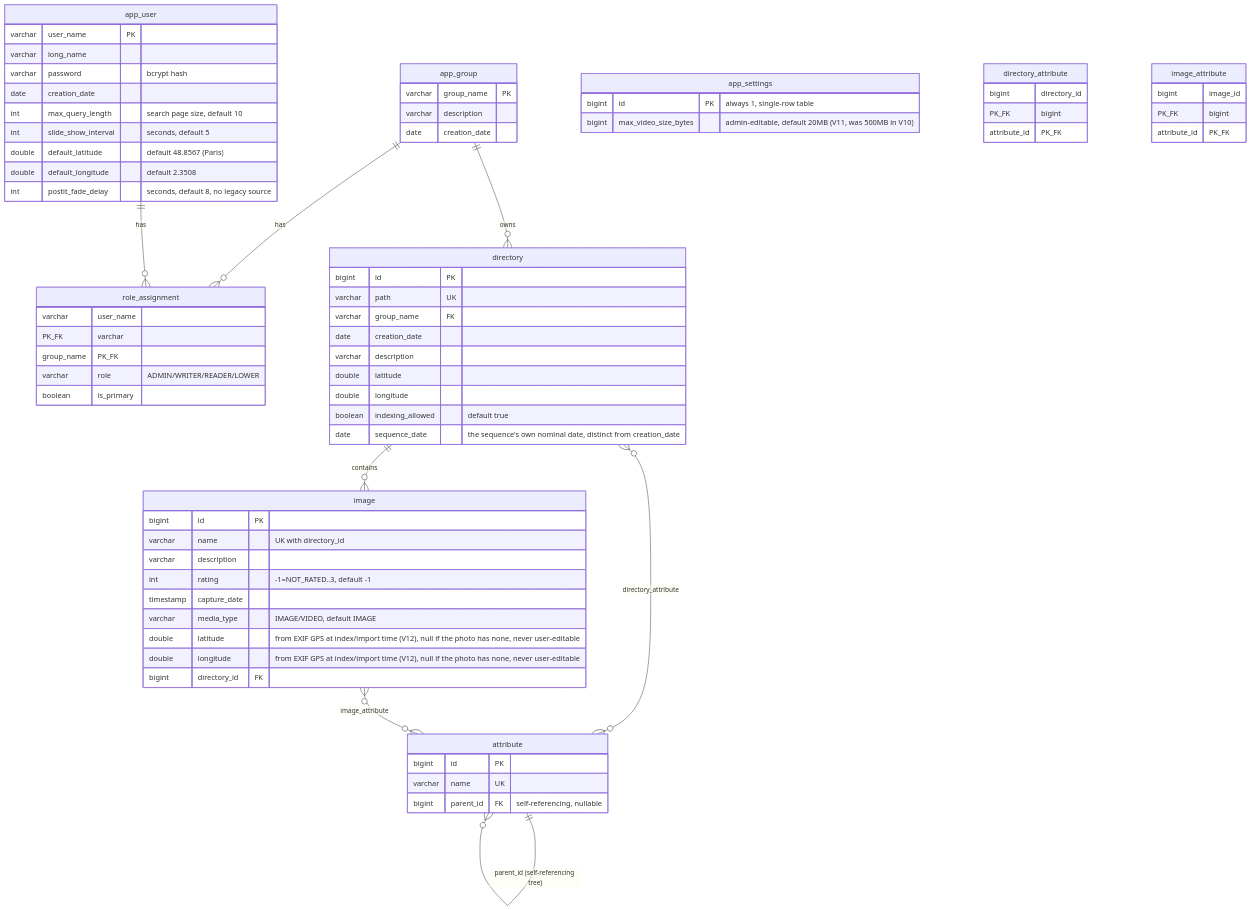
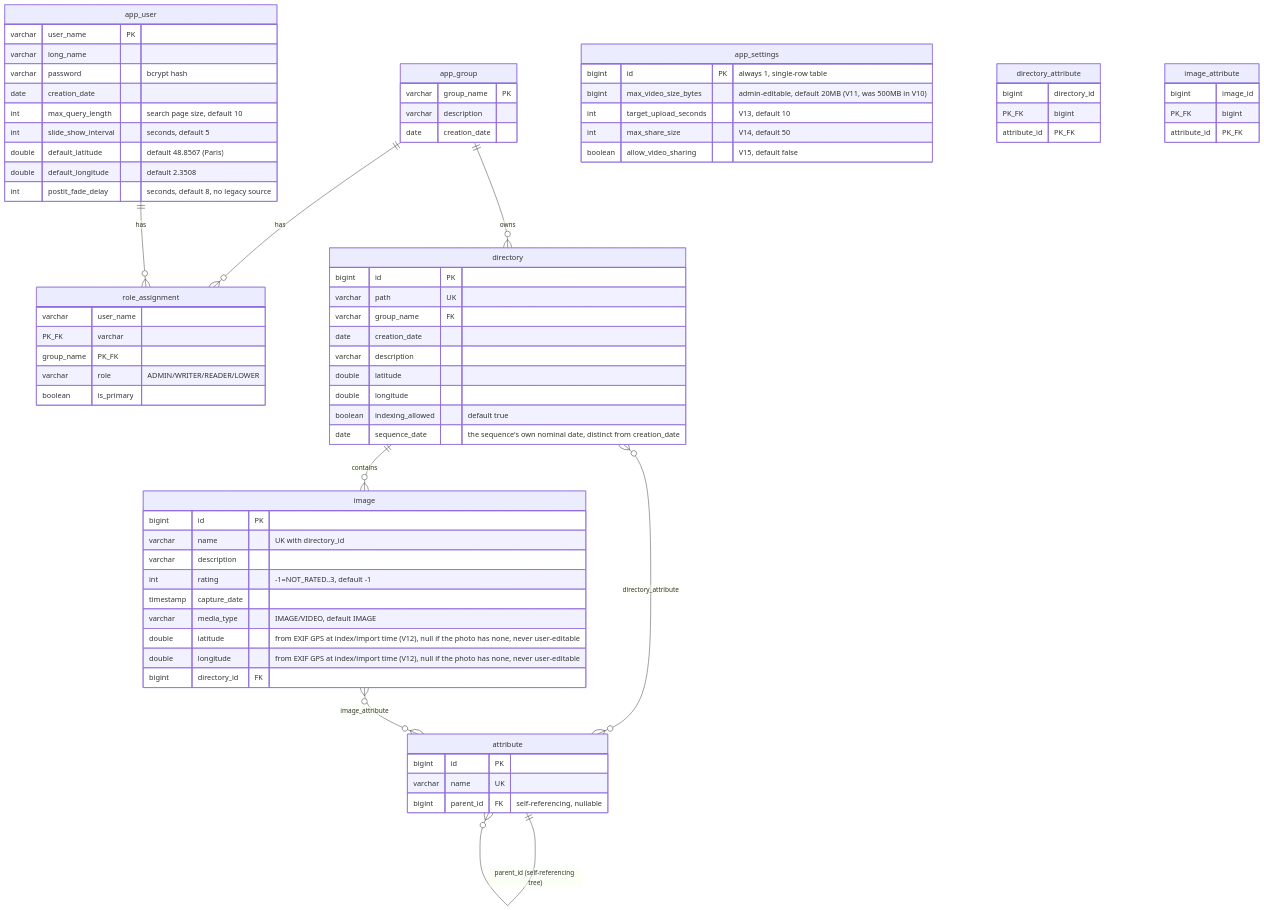
One commit to marc-mada/myphotodiary changed the second of 4 diagrams in docs/Design.md. Above: the diagram before and after it, drawn with Mermaid. The commit also changed other lines of this file and 48 other files, not shown here.

First line of the commit message:
myPhotoDiary 2.11.0 — sequence merge, video sharing links, re-index fix

````diff
--- a/docs/Design.md
+++ b/docs/Design.md
@@ -131,73 +131,76 @@
 ```mermaid
 erDiagram
     app_group ||--o{ role_assignment : "has"
     app_user ||--o{ role_assignment : "has"
     app_group ||--o{ directory : "owns"
     directory ||--o{ image : "contains"
     directory }o--o{ attribute : "directory_attribute"
     image }o--o{ attribute : "image_attribute"
     attribute ||--o{ attribute : "parent_id (self-referencing tree)"
     app_settings
 
     app_group {
         varchar group_name PK
         varchar description
         date creation_date
     }
     app_user {
         varchar user_name PK
         varchar long_name
         varchar password "bcrypt hash"
         date creation_date
         int max_query_length "search page size, default 10"
         int slide_show_interval "seconds, default 5"
         double default_latitude "default 48.8567 (Paris)"
         double default_longitude "default 2.3508"
         int postit_fade_delay "seconds, default 8, no legacy source"
     }
     role_assignment {
         varchar user_name PK_FK
         varchar group_name PK_FK
         varchar role "ADMIN/WRITER/READER/LOWER"
         boolean is_primary
     }
     directory {
         bigint id PK
         varchar path UK
         varchar group_name FK
         date creation_date
         varchar description
         double latitude
         double longitude
         boolean indexing_allowed "default true"
         date sequence_date "the sequence's own nominal date, distinct from creation_date"
     }
     image {
         bigint id PK
         varchar name "UK with directory_id"
         varchar description
         int rating "-1=NOT_RATED..3, default -1"
         timestamp capture_date
         varchar media_type "IMAGE/VIDEO, default IMAGE"
         double latitude "from EXIF GPS at index/import time (V12), null if the photo has none, never user-editable"
         double longitude "from EXIF GPS at index/import time (V12), null if the photo has none, never user-editable"
         bigint directory_id FK
     }
     attribute {
         bigint id PK
         varchar name UK
         bigint parent_id FK "self-referencing, nullable"
     }
     directory_attribute {
         bigint directory_id PK_FK
         bigint attribute_id PK_FK
     }
     image_attribute {
         bigint image_id PK_FK
         bigint attribute_id PK_FK
     }
     app_settings {
         bigint id PK "always 1, single-row table"
         bigint max_video_size_bytes "admin-editable, default 20MB (V11, was 500MB in V10)"
+        int target_upload_seconds "V13, default 10"
+        int max_share_size "V14, default 50"
+        boolean allow_video_sharing "V15, default false"
     }
 ```
````
